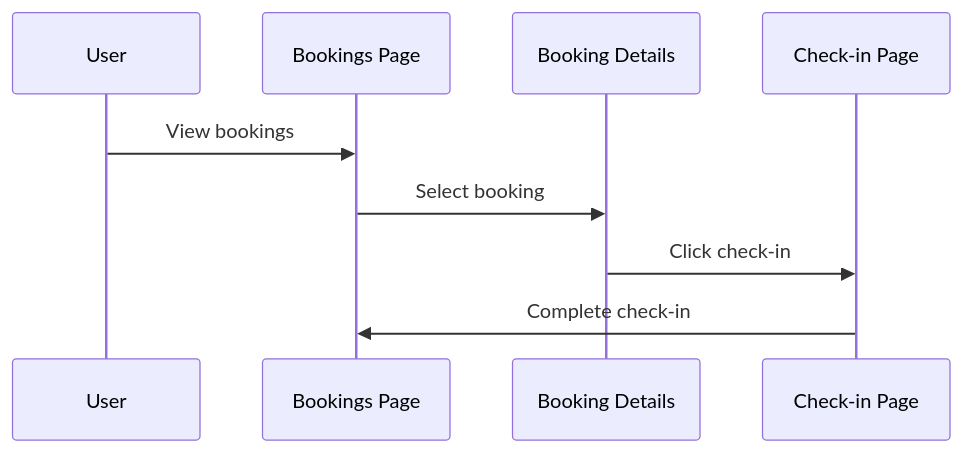
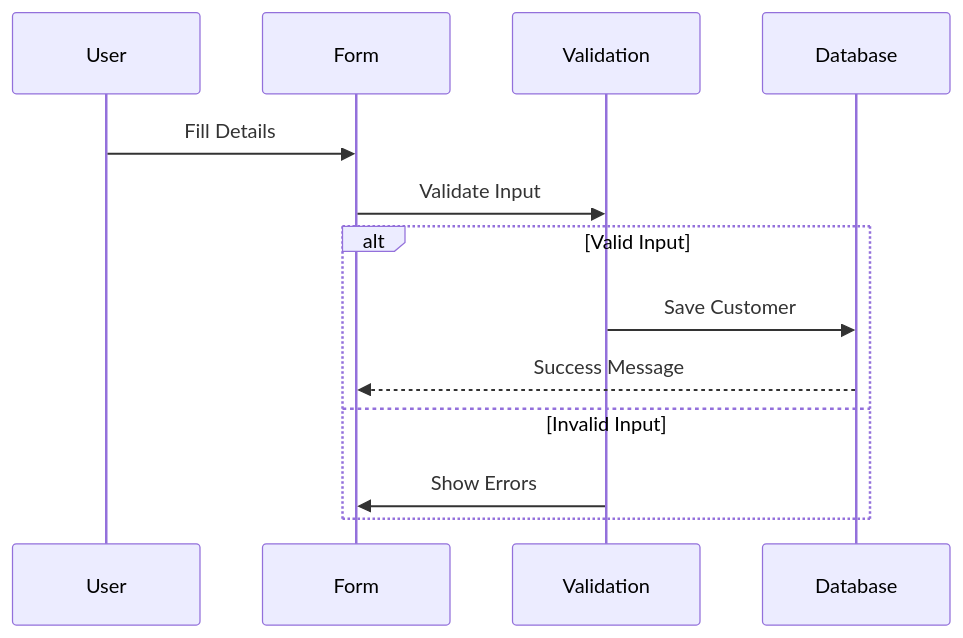
Before and after one commit to Barath-07-tech/codebase_doc: the third of 4 diagrams in docs/web.md, drawn with Mermaid. The commit also changed other lines of this file and 16 other files, not shown here.

````diff
--- a/docs/web.md
+++ b/docs/web.md
@@ -218,12 +88,16 @@
 ```mermaid
 sequenceDiagram
     participant U as User
-    participant B as Bookings Page
-    participant D as Booking Details
-    participant C as Check-in Page
-    
-    U->>B: View bookings
-    B->>D: Select booking
-    D->>C: Click check-in
-    C->>B: Complete check-in
+    participant F as Form
+    participant V as Validation
+    participant DB as Database
+
+    U->>F: Fill Details
+    F->>V: Validate Input
+    alt Valid Input
+        V->>DB: Save Customer
+        DB-->>F: Success Message
+    else Invalid Input
+        V->>F: Show Errors
+    end
 ```
````
